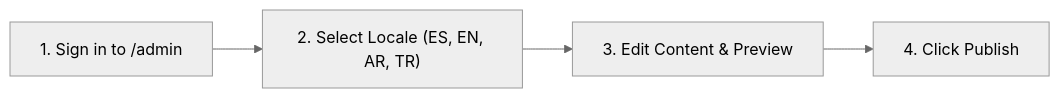
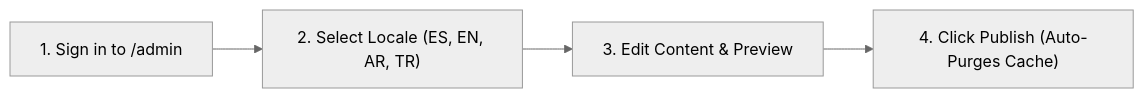
The diagram in docs/src/content/docs/en/06-editorial-guide/cms-editor-handbook.md (Vicacha-Devs/central-mosque-bogota), drawn with Mermaid (neutral theme) before and after one commit. The commit also changed other lines of this file and 23 other files, not shown here.

First line of the commit message:
docs: add learning roadmap, refresh backend/architecture guides, fix typedoc build

````diff
--- a/docs/src/content/docs/en/06-editorial-guide/cms-editor-handbook.md
+++ b/docs/src/content/docs/en/06-editorial-guide/cms-editor-handbook.md
@@ -8,6 +8,6 @@
 ```mermaid
 flowchart LR
   Login["1. Sign in to /admin"] --> SelectLocale["2. Select Locale (ES, EN, AR, TR)"]
   SelectLocale --> Edit["3. Edit Content & Preview"]
-  Edit --> Publish["4. Click Publish"]
+  Edit --> Publish["4. Click Publish (Auto-Purges Cache)"]
 ```
````
